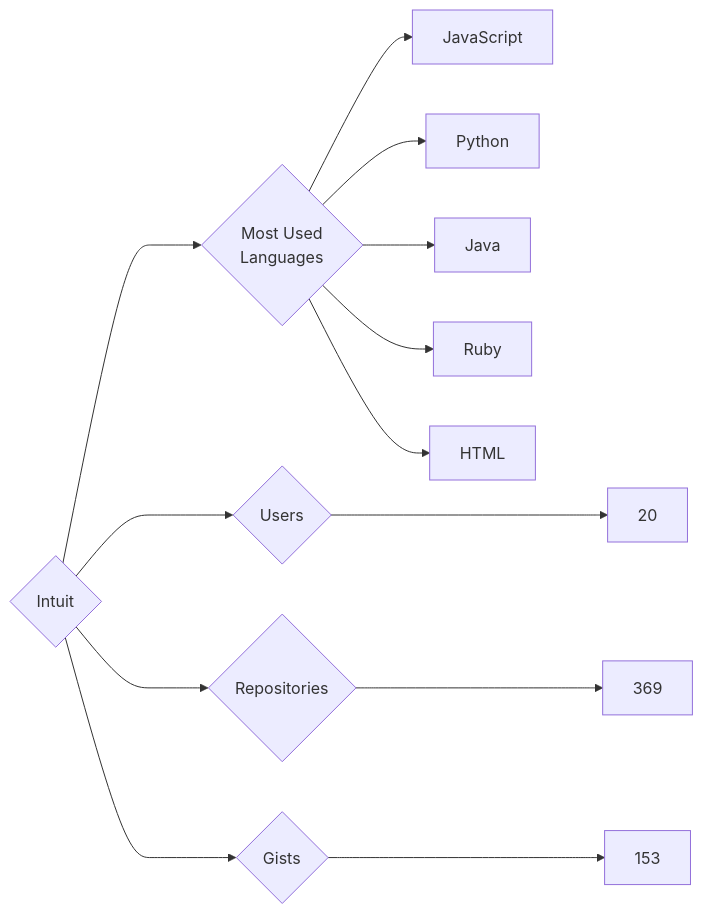
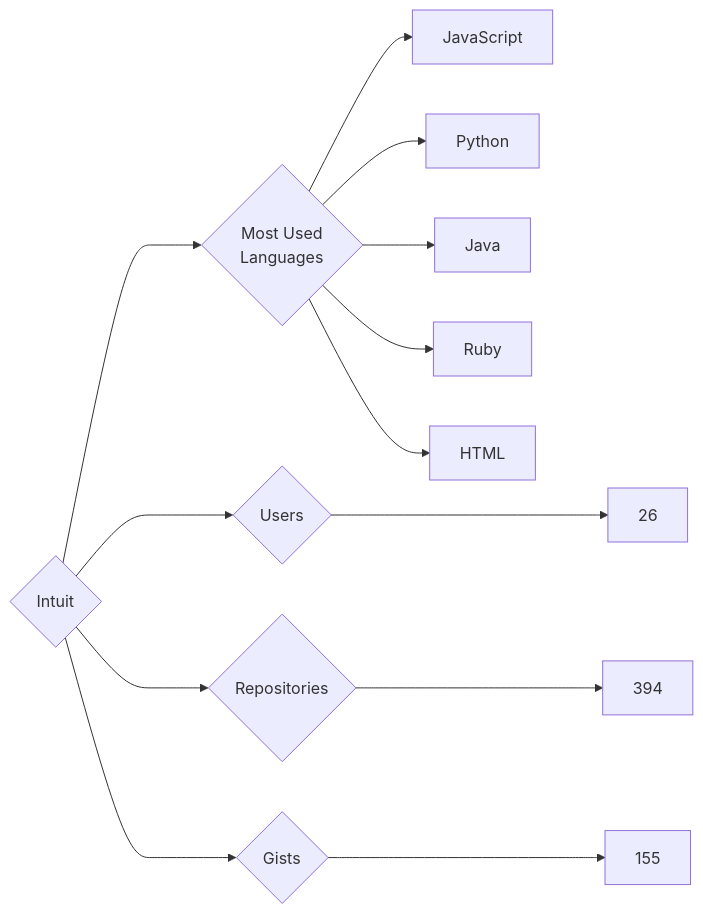
The diagram in targets/Intuit/README.md (trickest/insiders), drawn with Mermaid before and after one commit. The commit also changed 693 other files, not shown here.

````diff
--- a/targets/Intuit/README.md
+++ b/targets/Intuit/README.md
@@ -3,13 +3,13 @@
 ```mermaid
 graph LR
 COMPANY_NAME{Intuit}
-COMPANY_NAME ---> U{Users} ---> UN[20]
-COMPANY_NAME ---> R{Repositories} ---> RN[369]
-COMPANY_NAME ---> G{Gists} ---> GN[153]
+COMPANY_NAME ---> U{Users} ---> UN[26]
+COMPANY_NAME ---> R{Repositories} ---> RN[394]
+COMPANY_NAME ---> G{Gists} ---> GN[155]
 COMPANY_NAME ---> ML{Most Used<br>Languages}
 ML --> JavaScript[JavaScript]
 ML --> Python[Python]
 ML --> Java[Java]
 ML --> Ruby[Ruby]
 ML --> HTML[HTML]
 ```
````
